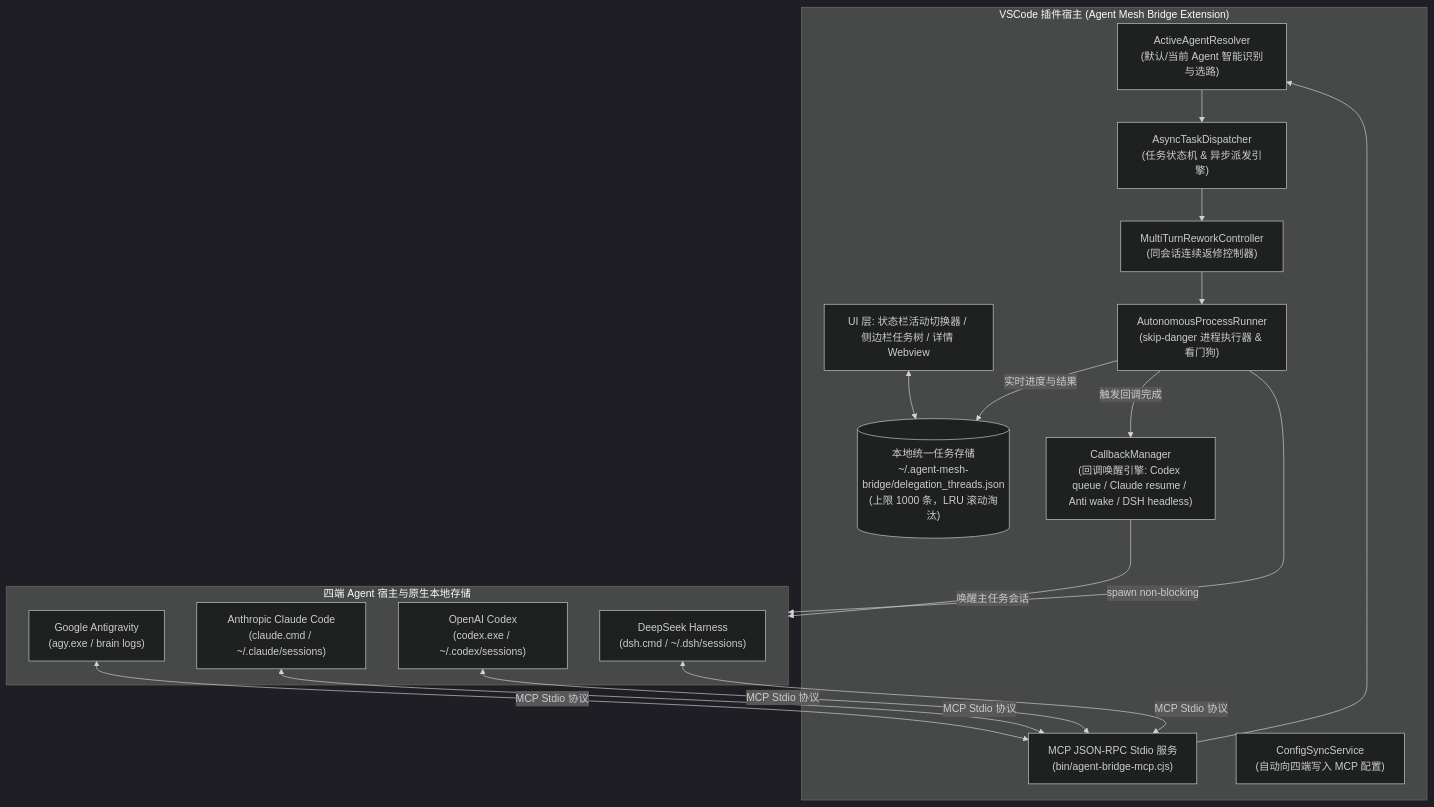
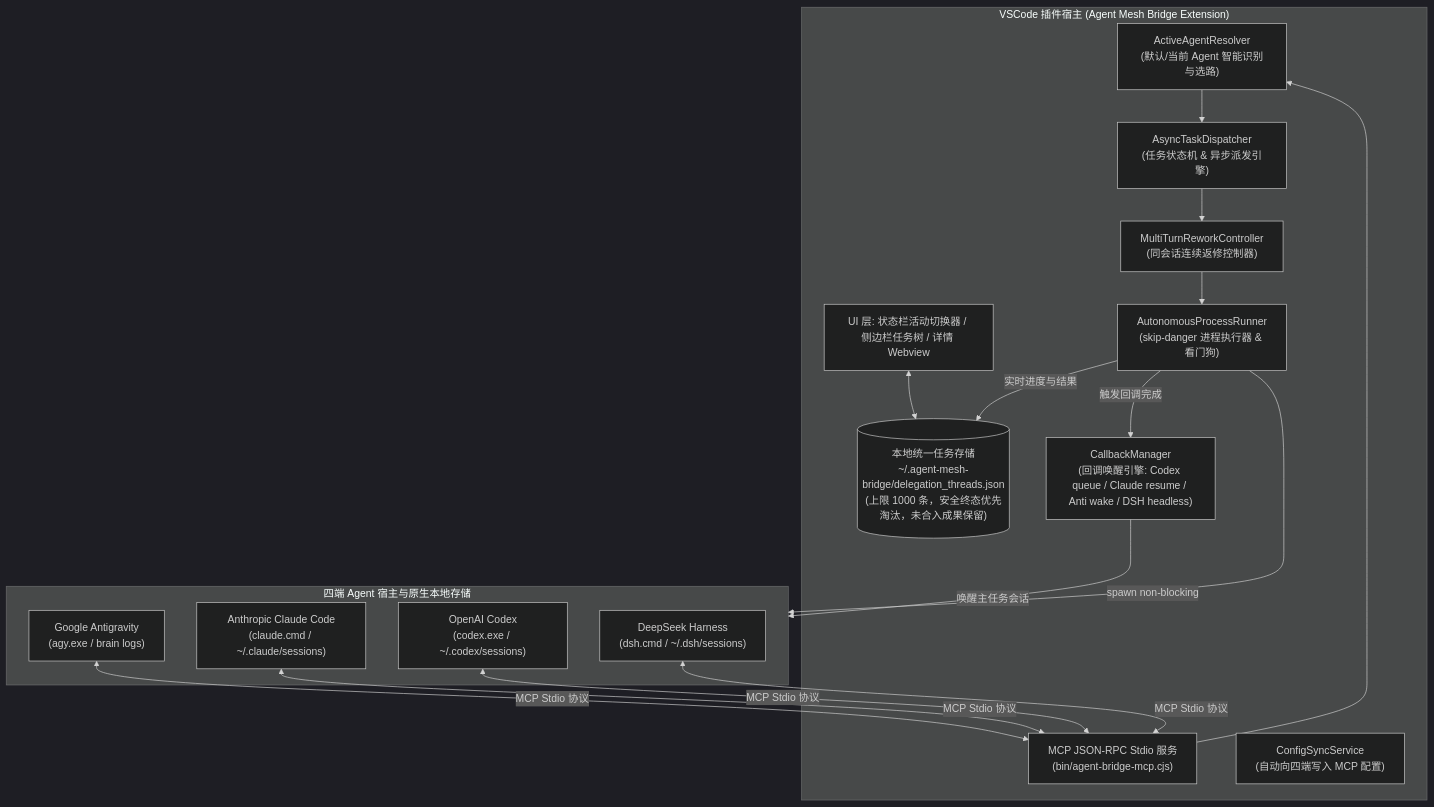
Before and after one commit to liuchangready/agent-mesh-bridge: the first of 3 diagrams in DESIGN.md, drawn with Mermaid (dark theme). The commit also changed other lines of this file and 36 other files, not shown here.

````diff
--- a/DESIGN.md
+++ b/DESIGN.md
@@ -28,36 +28,36 @@
 ```mermaid
 flowchart TD
     subgraph VSCode_Host ["VSCode 插件宿主 (Agent Mesh Bridge Extension)"]
         UI["UI 层: 状态栏活动切换器 / 侧边栏任务树 / 详情 Webview"]
         Router["ActiveAgentResolver<br/>(默认/当前 Agent 智能识别与选路)"]
         Dispatcher["AsyncTaskDispatcher<br/>(任务状态机 & 异步派发引擎)"]
         ReworkCtrl["MultiTurnReworkController<br/>(同会话连续返修控制器)"]
         CallbackMgr["CallbackManager<br/>(回调唤醒引擎: Codex queue / Claude resume / Anti wake / DSH headless)"]
-        TaskStore[("本地统一任务存储<br/>~/.agent-mesh-bridge/delegation_threads.json<br/>(上限 1000 条，LRU 滚动淘汰)")]
+        TaskStore[("本地统一任务存储<br/>~/.agent-mesh-bridge/delegation_threads.json<br/>(上限 1000 条，安全终态优先淘汰，未合入成果保留)")]
         Runner["AutonomousProcessRunner<br/>(skip-danger 进程执行器 & 看门狗)"]
         MCPServer["MCP JSON-RPC Stdio 服务<br/>(bin/agent-bridge-mcp.cjs)"]
         ConfigSync["ConfigSyncService<br/>(自动向四端写入 MCP 配置)"]
     end
 
     subgraph Agents ["四端 Agent 宿主与原生本地存储"]
         Anti["Google Antigravity<br/>(agy.exe / brain logs)"]
         Claude["Anthropic Claude Code<br/>(claude.cmd / ~/.claude/sessions)"]
         Codex["OpenAI Codex<br/>(codex.exe / ~/.codex/sessions)"]
         Dsh["DeepSeek Harness<br/>(dsh.cmd / ~/.dsh/sessions)"]
     end
 
     Anti <-->|MCP Stdio 协议| MCPServer
     Claude <-->|MCP Stdio 协议| MCPServer
     Codex <-->|MCP Stdio 协议| MCPServer
     Dsh <-->|MCP Stdio 协议| MCPServer
 
     MCPServer --> Router
     Router --> Dispatcher
     Dispatcher --> ReworkCtrl
     ReworkCtrl --> Runner
     Runner -->|spawn non-blocking| Agents
     Runner -->|实时进度与结果| TaskStore
     Runner -->|触发回调完成| CallbackMgr
     CallbackMgr -->|唤醒主任务会话| Agents
     UI <--> TaskStore
 ```
````
